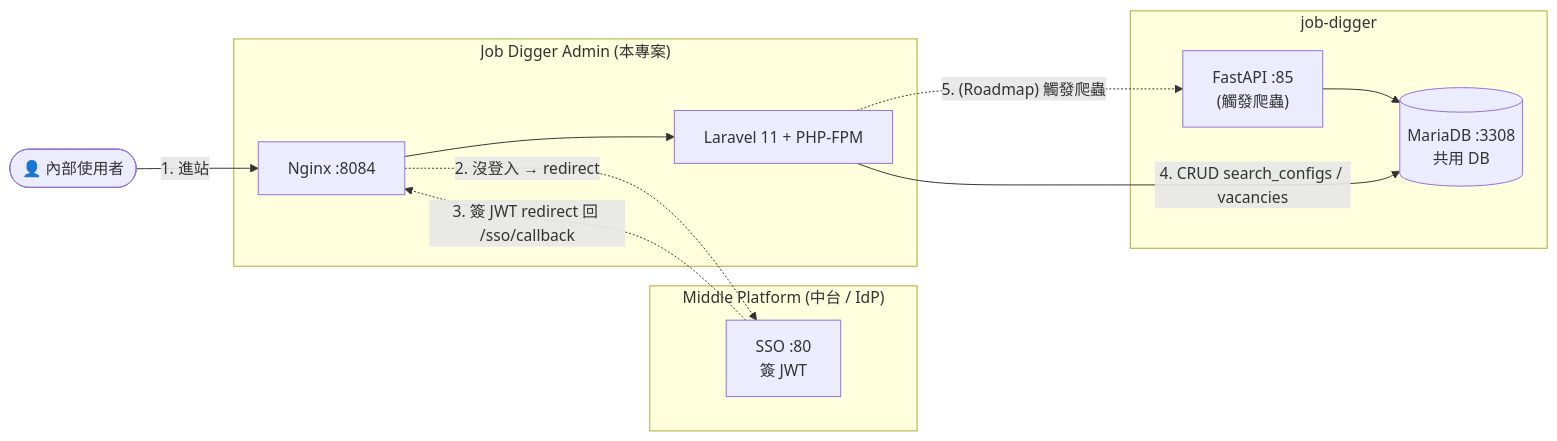
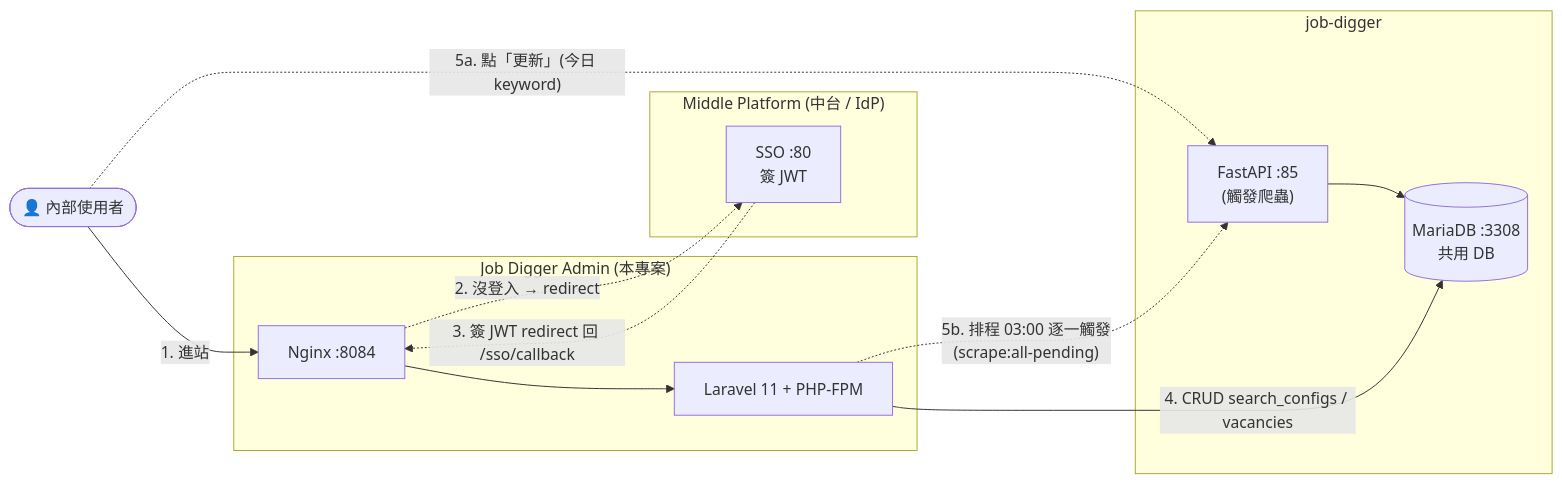
One commit to jacky0996/job_digger_admin changed the diagram in docs/overview.md. Above: the diagram before and after it, drawn with Mermaid. The commit also changed other lines of this file and 16 other files, not shown here.

````diff
--- a/docs/overview.md
+++ b/docs/overview.md
@@ -17,26 +17,27 @@
 ```mermaid
 flowchart LR
     user(["👤 內部使用者"])
 
     subgraph mp["Middle Platform (中台 / IdP)"]
         idp["SSO :80<br/>簽 JWT"]
     end
 
     subgraph admin["Job Digger Admin (本專案)"]
         nginx["Nginx :8084"]
         app["Laravel 11 + PHP-FPM"]
         nginx --> app
     end
 
     subgraph digger["job-digger"]
         api["FastAPI :85<br/>(觸發爬蟲)"]
         db[("MariaDB :3308<br/>共用 DB")]
         api --> db
     end
 
     user -- "1. 進站" --> nginx
     nginx -. "2. 沒登入 → redirect" .-> idp
     idp -. "3. 簽 JWT redirect 回 /sso/callback" .-> nginx
     app -- "4. CRUD search_configs / vacancies" --> db
-    app -. "5. (Roadmap) 觸發爬蟲" .-> api
+    user -. "5a. 點「更新」(今日 keyword)" .-> api
+    app -. "5b. 排程 03:00 逐一觸發<br/>(scrape:all-pending)" .-> api
 ```
````
